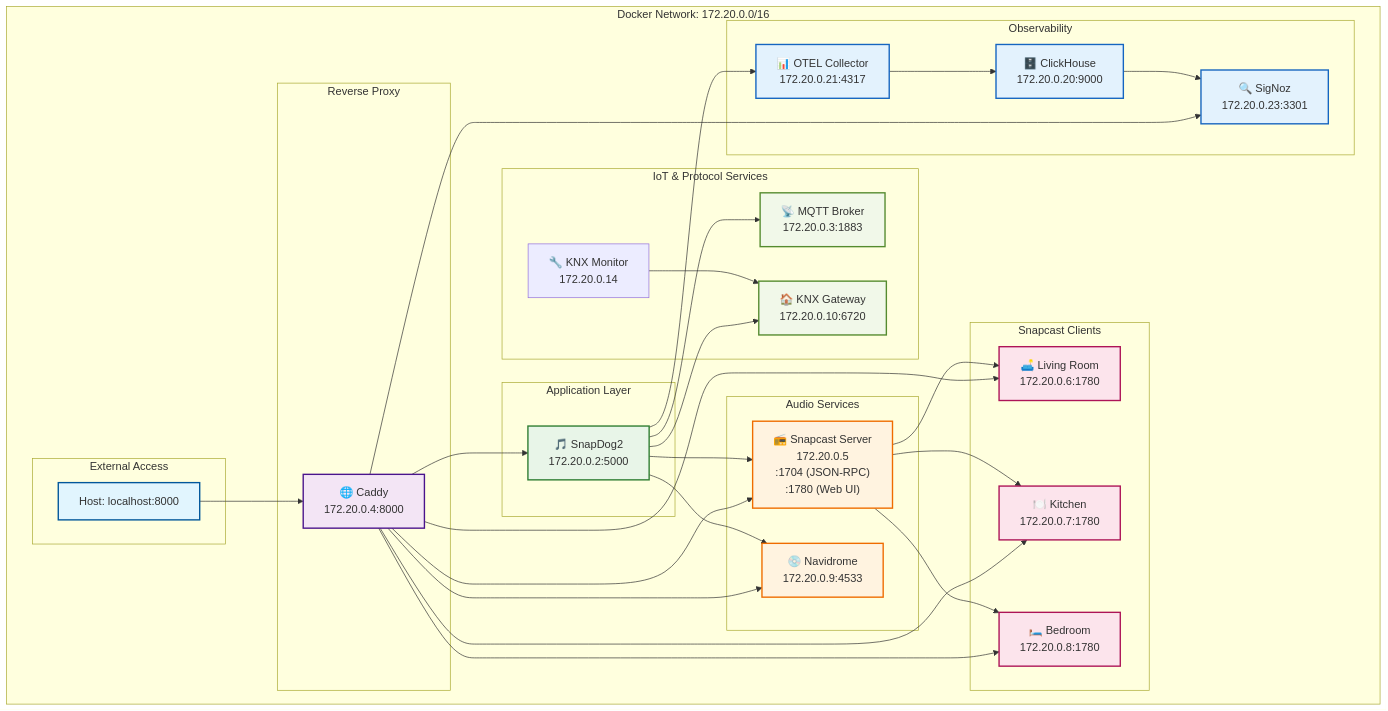
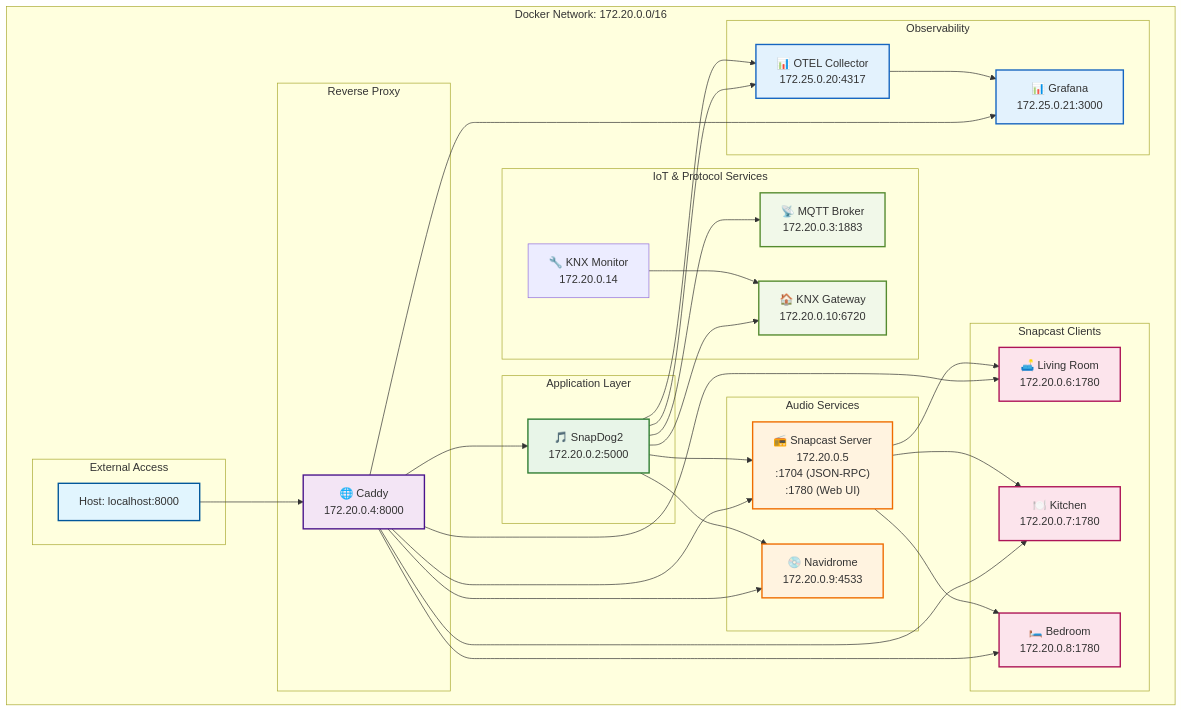
Before and after one commit to metaneutrons/snapdog2: the diagram in README.md, drawn with Mermaid. The commit also changed other lines of this file and 14 other files, not shown here.

First line of the commit message:
feat: replace SigNoz with Grafana for observability

````diff
--- a/README.md
+++ b/README.md
@@ -80,9 +80,8 @@
         end
         
         subgraph "Observability"
-            SIGNOZ["🔍 SigNoz<br/>172.20.0.23:3301"]
-            OTELCOL["📊 OTEL Collector<br/>172.20.0.21:4317"]
-            CLICKHOUSE["🗄️ ClickHouse<br/>172.20.0.20:9000"]
+            GRAFANA["📊 Grafana<br/>172.25.0.21:3000"]
+            OTELCOL["📊 OTEL Collector<br/>172.25.0.20:4317"]
         end
     end
     
@@ -96,7 +95,7 @@
     CADDY --> LIVING
     CADDY --> KITCHEN
     CADDY --> BEDROOM
-    CADDY --> SIGNOZ
+    CADDY --> GRAFANA
     
     %% Application connections
     APP --> SNAPSERVER
@@ -114,8 +113,8 @@
     SNAPSERVER --> BEDROOM
     
     %% Observability flows
-    OTELCOL --> CLICKHOUSE
-    CLICKHOUSE --> SIGNOZ
+    APP --> OTELCOL
+    OTELCOL --> GRAFANA
     
     %% Styling
     classDef external fill:#e1f5fe,stroke:#01579b,stroke-width:2px
@@ -132,5 +131,5 @@
     class SNAPSERVER,NAVIDROME audio
     class LIVING,KITCHEN,BEDROOM client
     class MQTT,KNX iot
-    class SIGNOZ,OTELCOL,CLICKHOUSE monitoring
+    class GRAFANA,OTELCOL monitoring
 ```
````
